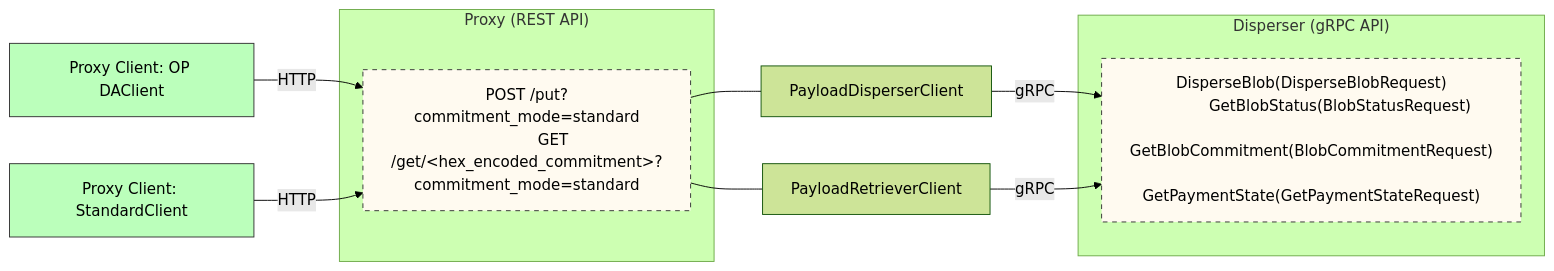
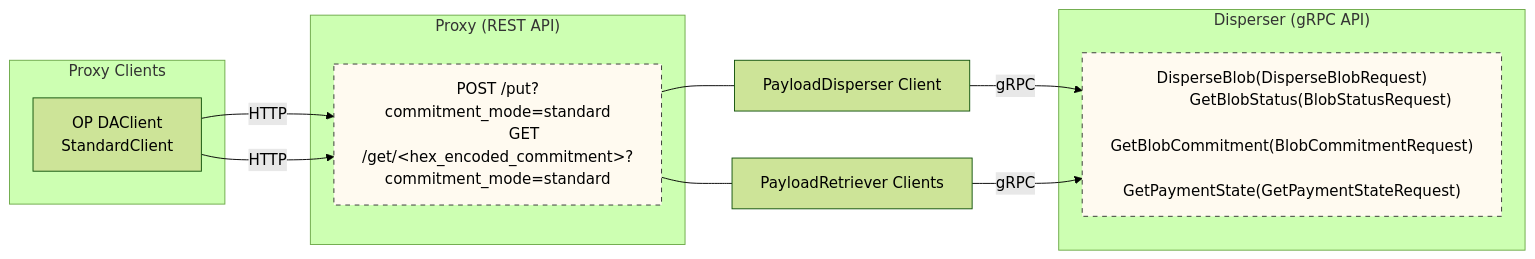
Before and after one commit to Layr-Labs/eigencloud-docs: the diagram in docs/products/eigenda/integrations-guides/overview.md, drawn with Mermaid (forest theme). The commit also changed other lines of this file and 1 other file, not shown here.

Commit message:
review rework:

````diff
--- a/docs/products/eigenda/integrations-guides/overview.md
+++ b/docs/products/eigenda/integrations-guides/overview.md
@@ -20,38 +20,46 @@
 ```mermaid
 graph LR
     
     subgraph "Proxy (REST API)"
         PROXY_ENDPOINTS["
             POST /put?commitment_mode=standard
             GET /get/&lt;hex_encoded_commitment&gt;?commitment_mode=standard
         "]
     end
     
     subgraph "Disperser (gRPC API)"
         DISPERSER_ENDPOINTS["
             DisperseBlob(DisperseBlobRequest)
             GetBlobStatus(BlobStatusRequest)
             GetBlobCommitment(BlobCommitmentRequest)
             GetPaymentState(GetPaymentStateRequest)
         "]
     end
     
-    OP_DAClient["Proxy Client: OP DAClient"] -->|HTTP| PROXY_ENDPOINTS
-    StandardClient["Proxy Client: StandardClient"] -->|HTTP| PROXY_ENDPOINTS
+    subgraph "Proxy Clients"
+        PROXY_CLIENTS["
+            OP DAClient
+            StandardClient
+        "]
+    end
+    
+    
+    PROXY_CLIENTS -->|HTTP| PROXY_ENDPOINTS
+    PROXY_CLIENTS -->|HTTP| PROXY_ENDPOINTS
 
-    PROXY_ENDPOINTS --- PayloadDisperserClient
-    PROXY_ENDPOINTS --- PayloadRetrieverClient
+    PROXY_ENDPOINTS --- D[PayloadDisperser Client]
+    PROXY_ENDPOINTS --- R[PayloadRetriever Clients]
 
-    PayloadDisperserClient -->|gRPC| DISPERSER_ENDPOINTS
-    PayloadRetrieverClient -->|gRPC| DISPERSER_ENDPOINTS
+    D -->|gRPC| DISPERSER_ENDPOINTS
+    R -->|gRPC| DISPERSER_ENDPOINTS
     
     classDef client fill:#bfb,stroke:#333,stroke-width:1px;
     classDef endpoints fill:#fffaf0,stroke:#333,stroke-dasharray: 5 5;
     
     class OP_DAClient client;
     class PayloadDisperser client;
     class PayloadRetriever client;
     class StandardClient client;
     class PROXY_ENDPOINTS,DISPERSER_ENDPOINTS endpoints;
 
 ```
````
